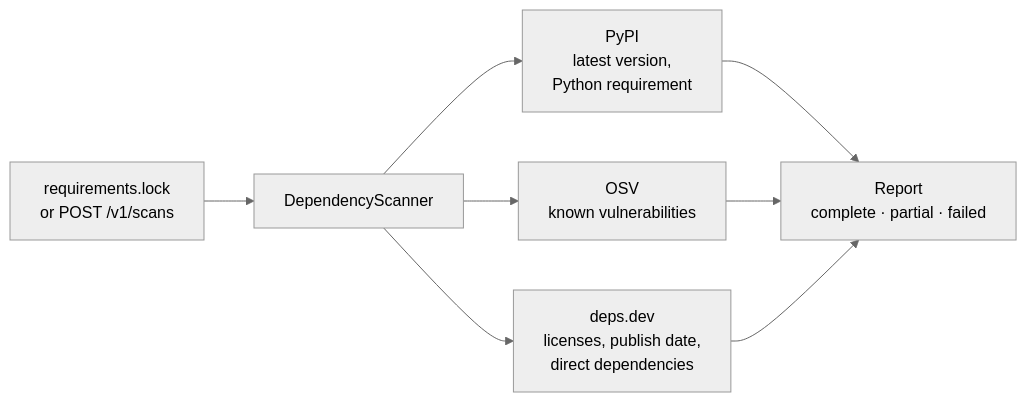
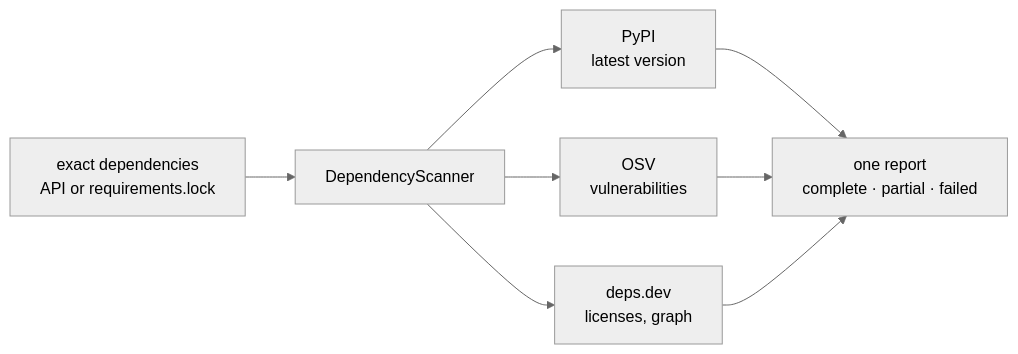
The first of 5 diagrams in video/presentation.md (tho-ple/MSE-AI-LAB-03), drawn with Mermaid (neutral theme) before and after one commit. The commit also changed other lines of this file and 1 other file, not shown here.

````diff
--- a/video/presentation.md
+++ b/video/presentation.md
@@ -21,8 +15,8 @@
 ```mermaid
 flowchart LR
-    IN["requirements.lock<br/>or POST /v1/scans"] --> SCN["DependencyScanner"]
-    SCN --> P["PyPI<br/>latest version,<br/>Python requirement"]
-    SCN --> O["OSV<br/>known vulnerabilities"]
-    SCN --> D["deps.dev<br/>licenses, publish date,<br/>direct dependencies"]
-    P & O & D --> R["Report<br/>complete · partial · failed"]
+    IN["exact dependencies<br/>API or requirements.lock"] --> SCN["DependencyScanner"]
+    SCN --> P["PyPI<br/>latest version"]
+    SCN --> O["OSV<br/>vulnerabilities"]
+    SCN --> D["deps.dev<br/>licenses, graph"]
+    P & O & D --> R["one report<br/>complete · partial · failed"]
 ```
````
